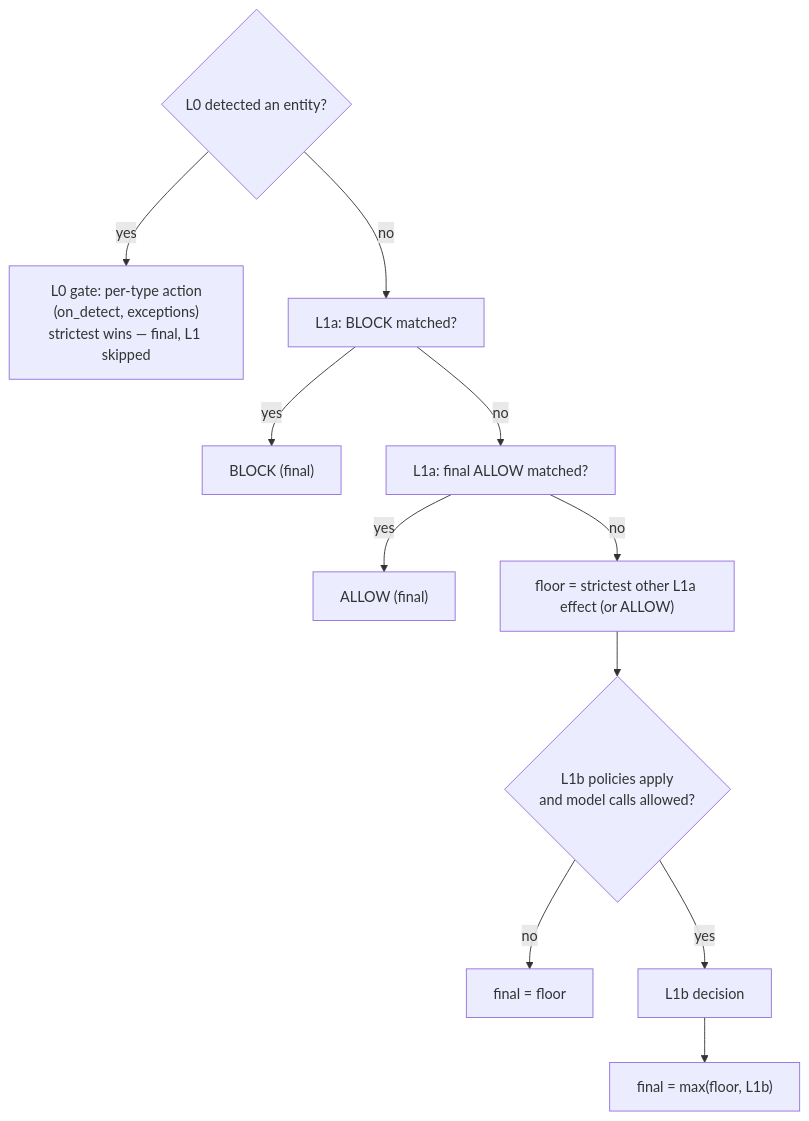
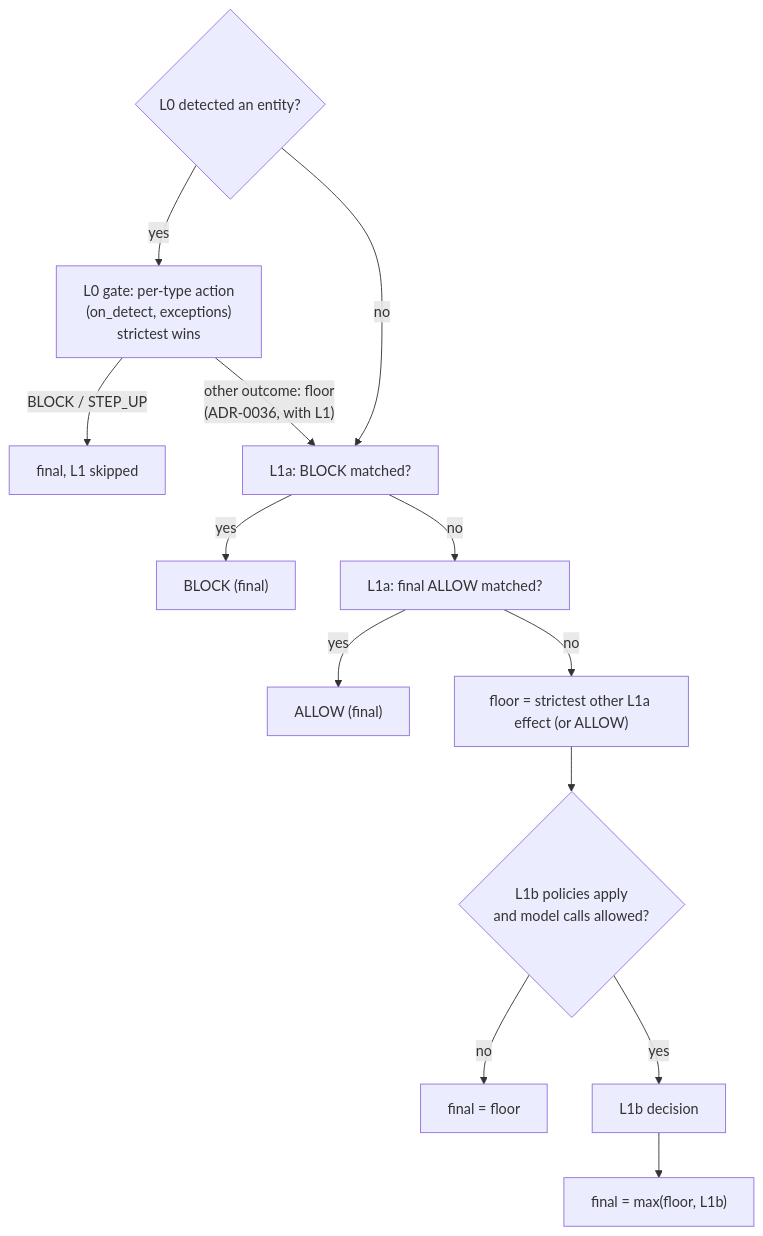
The diagram in docs/architecture/decision-merge-and-failure.md (UMAI-Solutions/umai-decision-engine), drawn with Mermaid before and after one commit. The commit also changed other lines of this file and 20 other files, not shown here.

````diff
--- a/docs/architecture/decision-merge-and-failure.md
+++ b/docs/architecture/decision-merge-and-failure.md
@@ -28,13 +28,15 @@
 ```mermaid
 flowchart TD
-    G{"L0 detected an entity?"} -->|yes| GATE["L0 gate: per-type action<br/>(on_detect, exceptions)<br/>strictest wins — final, L1 skipped"]
+    G{"L0 detected an entity?"} -->|yes| GATE["L0 gate: per-type action<br/>(on_detect, exceptions)<br/>strictest wins"]
+    GATE -->|"BLOCK / STEP_UP"| GFINAL["final, L1 skipped"]
+    GATE -->|"other outcome: floor<br/>(ADR-0036, with L1)"| A
     G -->|no| A
     A["L1a: BLOCK matched?"] -->|yes| BLOCK["BLOCK (final)"]
     A -->|no| B["L1a: final ALLOW matched?"]
     B -->|yes| ALLOW["ALLOW (final)"]
     B -->|no| C["floor = strictest other L1a effect (or ALLOW)"]
     C --> D{"L1b policies apply<br/>and model calls allowed?"}
     D -->|no| F1["final = floor"]
     D -->|yes| E["L1b decision"]
     E --> F2["final = max(floor, L1b)"]
 ```
````
